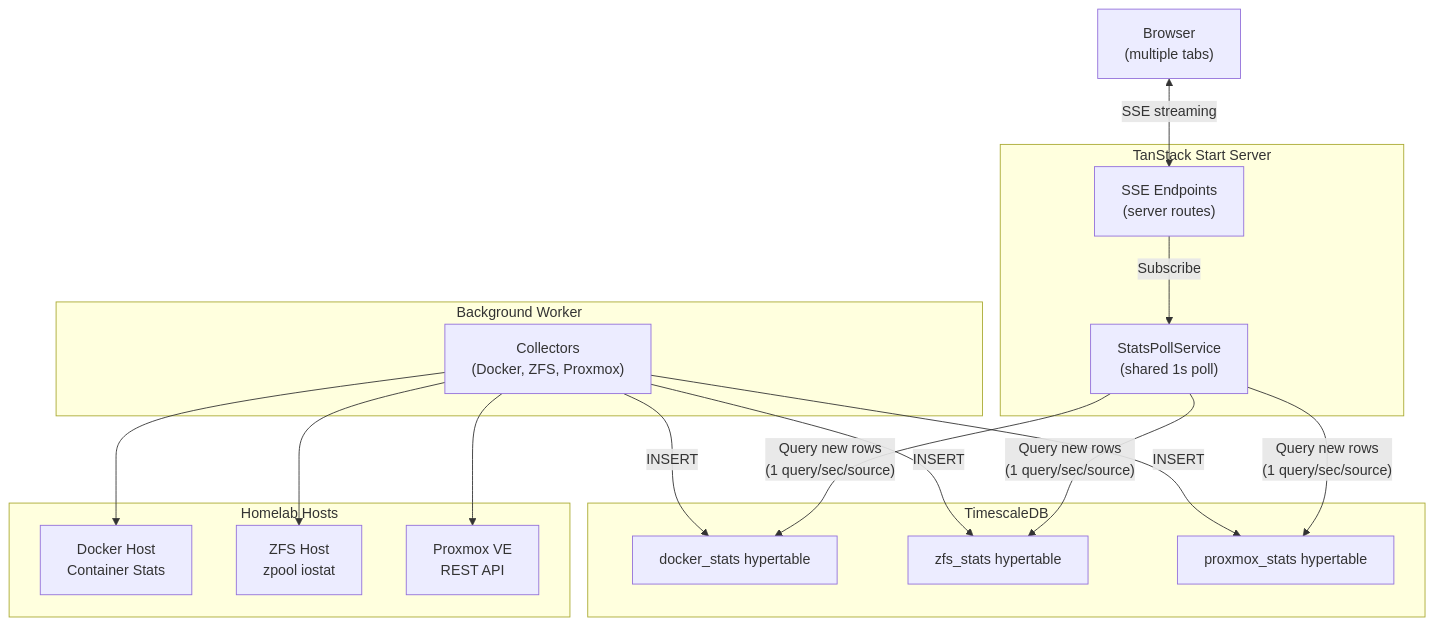
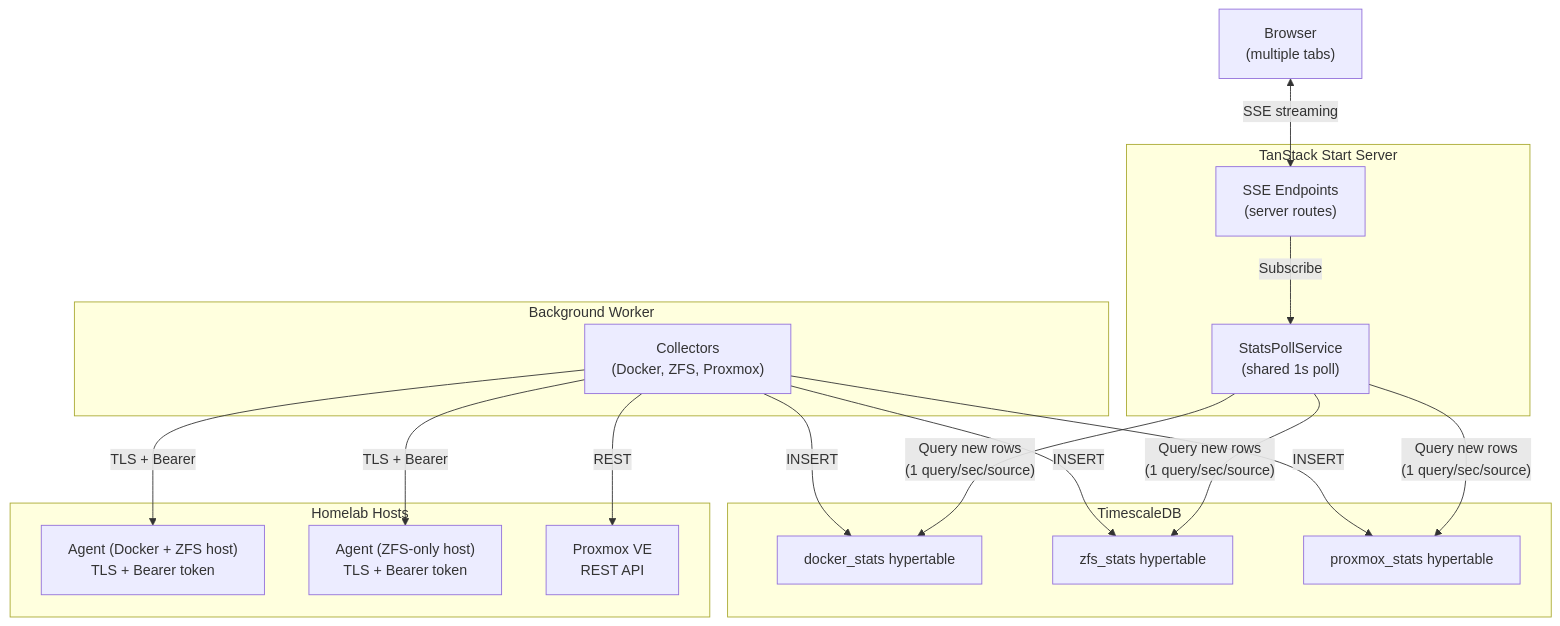
The first of 4 diagrams in docs/architecture.md (jaredglaser/homelab-manager), drawn with Mermaid before and after one commit. The commit also changed other lines of this file and 1 other file, not shown here.

First line of the commit message:
docs: evolve agent into universal homelab sidecar

````diff
--- a/docs/architecture.md
+++ b/docs/architecture.md
@@ -5,37 +5,37 @@
 ```mermaid
 graph TD
     Browser["Browser<br/>(multiple tabs)"]
 
     subgraph TanStack_Start["TanStack Start Server"]
         SSE["SSE Endpoints<br/>(server routes)"]
         PollSvc["StatsPollService<br/>(shared 1s poll)"]
     end
 
     subgraph Database["TimescaleDB"]
         DockerTable["docker_stats hypertable"]
         ZFSTable["zfs_stats hypertable"]
         ProxmoxTable["proxmox_stats hypertable"]
     end
 
     subgraph Worker["Background Worker"]
         Collectors["Collectors<br/>(Docker, ZFS, Proxmox)"]
     end
 
     subgraph Hosts["Homelab Hosts"]
-        DockerHost["Docker Host<br/>Container Stats"]
-        ZFSHost["ZFS Host<br/>zpool iostat"]
+        Agent1["Agent (Docker + ZFS host)<br/>TLS + Bearer token"]
+        Agent2["Agent (ZFS-only host)<br/>TLS + Bearer token"]
         ProxmoxHost["Proxmox VE<br/>REST API"]
     end
 
     Browser <-->|"SSE streaming"| SSE
     SSE -->|"Subscribe"| PollSvc
     PollSvc -->|"Query new rows<br/>(1 query/sec/source)"| DockerTable
     PollSvc -->|"Query new rows<br/>(1 query/sec/source)"| ZFSTable
     PollSvc -->|"Query new rows<br/>(1 query/sec/source)"| ProxmoxTable
     Collectors -->|"INSERT"| DockerTable
     Collectors -->|"INSERT"| ZFSTable
     Collectors -->|"INSERT"| ProxmoxTable
-    Collectors --> DockerHost
-    Collectors --> ZFSHost
-    Collectors --> ProxmoxHost
+    Collectors -->|"TLS + Bearer"| Agent1
+    Collectors -->|"TLS + Bearer"| Agent2
+    Collectors -->|"REST"| ProxmoxHost
 ```
````
